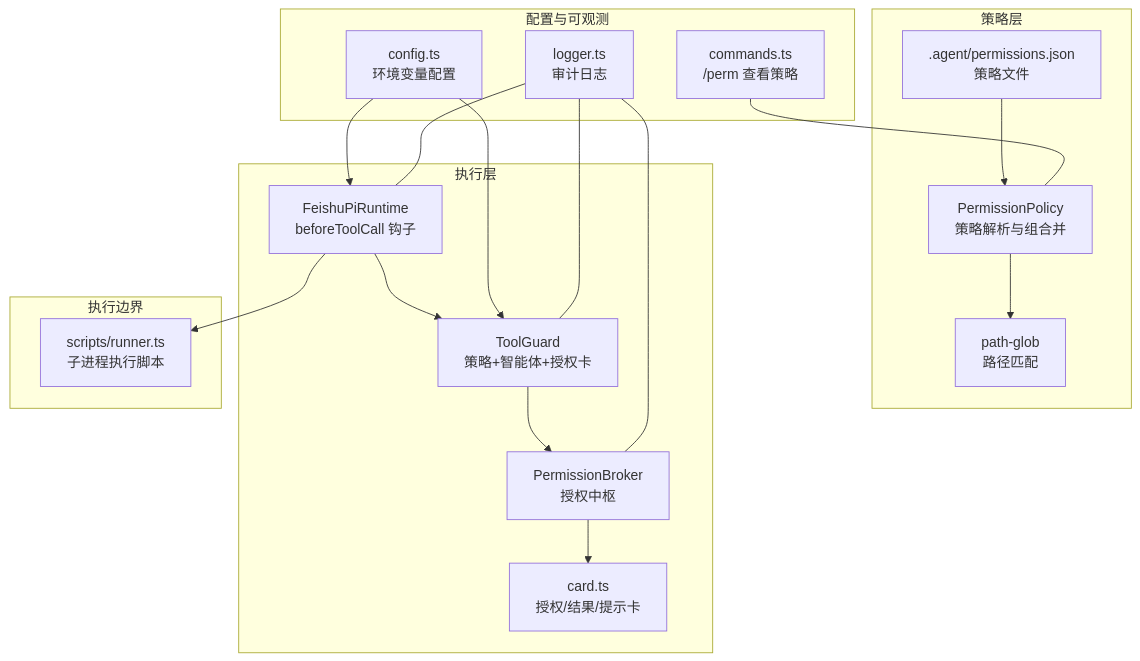
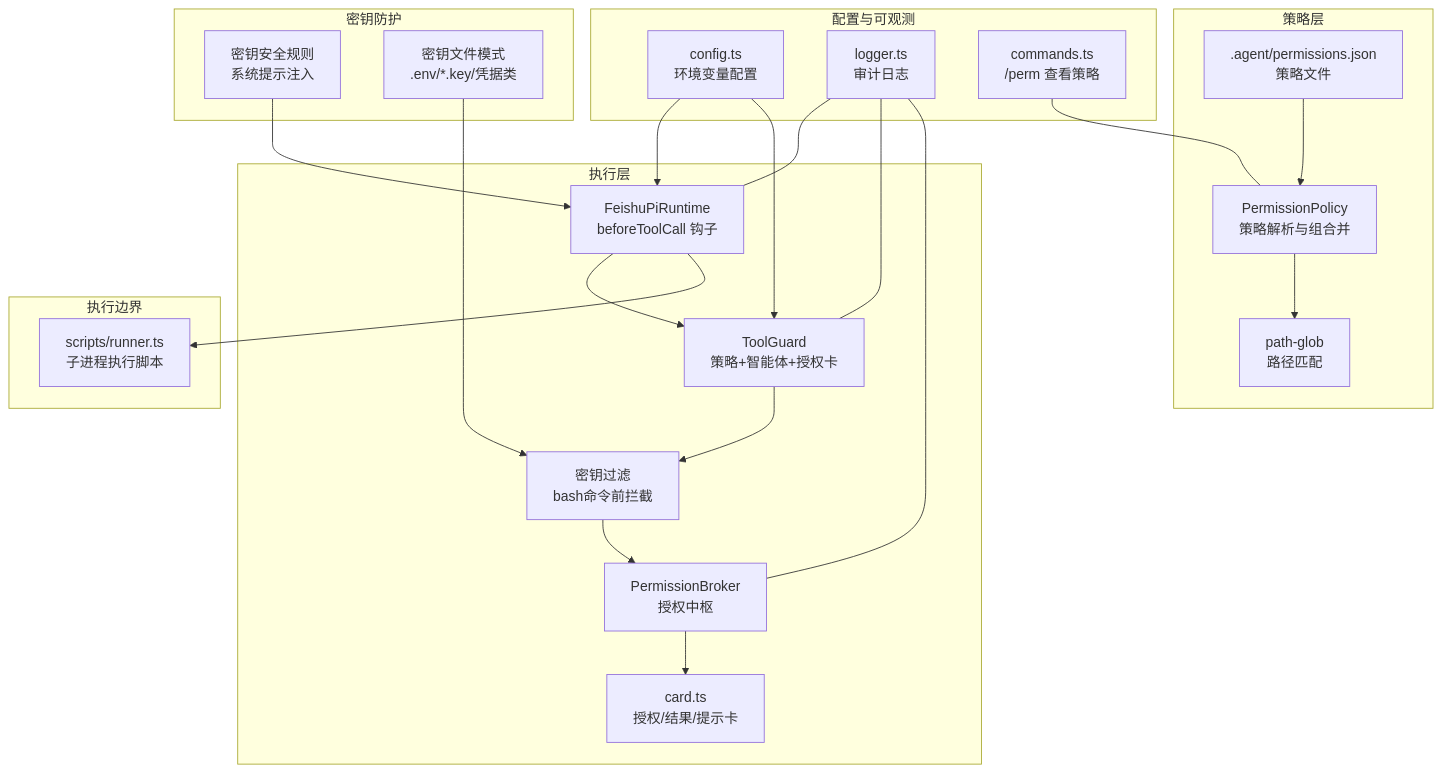
The first of 7 diagrams in .qoder/repowiki/zh/content/脚本工具系统/安全控制/安全控制.md (HeXiaoShu520/feishu-pi), drawn with Mermaid before and after one commit. The commit also changed other lines of this file and 47 other files, not shown here.

````diff
--- a/.qoder/repowiki/zh/content/脚本工具系统/安全控制/安全控制.md
+++ b/.qoder/repowiki/zh/content/脚本工具系统/安全控制/安全控制.md
@@ -47,34 +59,42 @@
 ```mermaid
 graph TB
 subgraph "策略层"
 POL["PermissionPolicy<br/>策略解析与组合并"]
 PGLOB["path-glob<br/>路径匹配"]
 PJSON[".agent/permissions.json<br/>策略文件"]
 end
 subgraph "执行层"
 GUARD["ToolGuard<br/>策略+智能体+授权卡"]
+KEYFILTER["密钥过滤<br/>bash命令前拦截"]
 RUNTIME["FeishuPiRuntime<br/>beforeToolCall 钩子"]
 BROKER["PermissionBroker<br/>授权中枢"]
 CARD["card.ts<br/>授权/结果/提示卡"]
+end
+subgraph "密钥防护"
+SECRETRULE["密钥安全规则<br/>系统提示注入"]
+KEYPATTERNS["密钥文件模式<br/>.env/*.key/凭据类"]
 end
 subgraph "执行边界"
 RUNNER["scripts/runner.ts<br/>子进程执行脚本"]
 end
 subgraph "配置与可观测"
 CFG["config.ts<br/>环境变量配置"]
 LOG["logger.ts<br/>审计日志"]
 CMD["commands.ts<br>/perm 查看策略"]
 end
 PJSON --> POL
 POL --> PGLOB
 RUNTIME --> GUARD
-GUARD --> BROKER
+GUARD --> KEYFILTER
+KEYFILTER --> BROKER
 BROKER --> CARD
 RUNTIME --> RUNNER
 CFG --> RUNTIME
 CFG --> GUARD
+SECRETRULE --> RUNTIME
+KEYPATTERNS --> KEYFILTER
 LOG --- RUNTIME
 LOG --- GUARD
 LOG --- BROKER
 CMD --- POL
 ```
````
